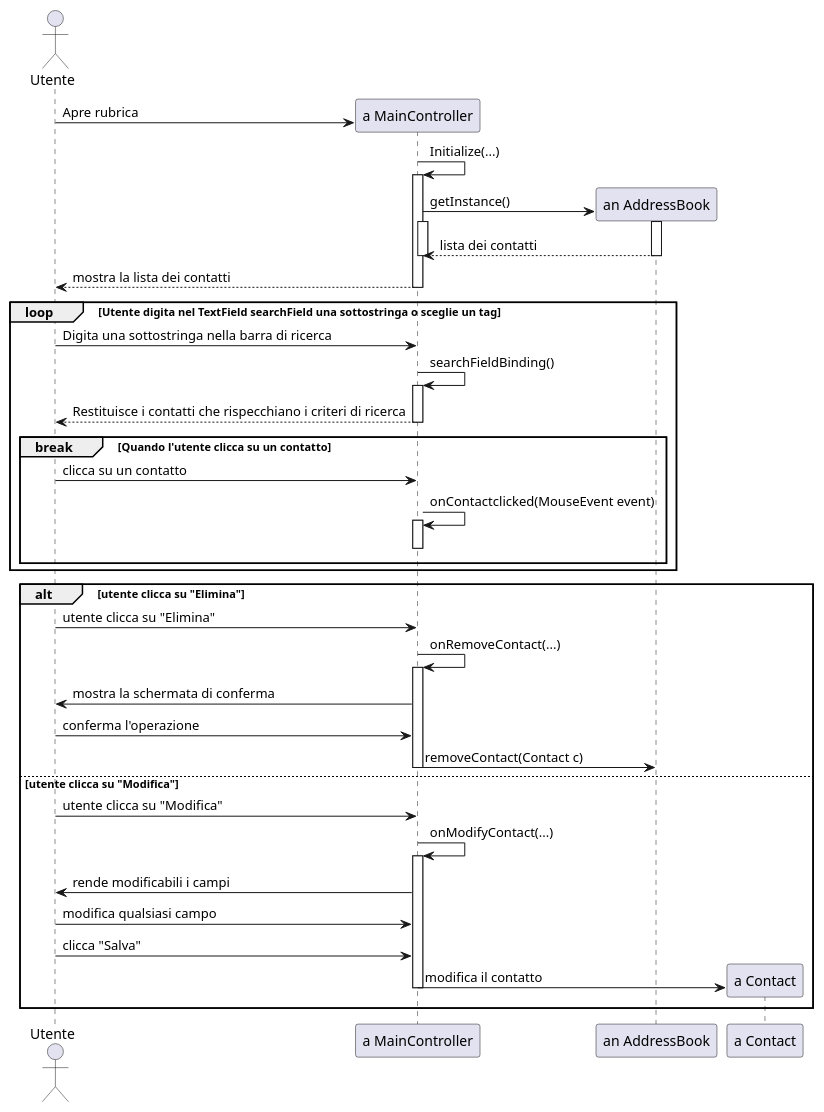
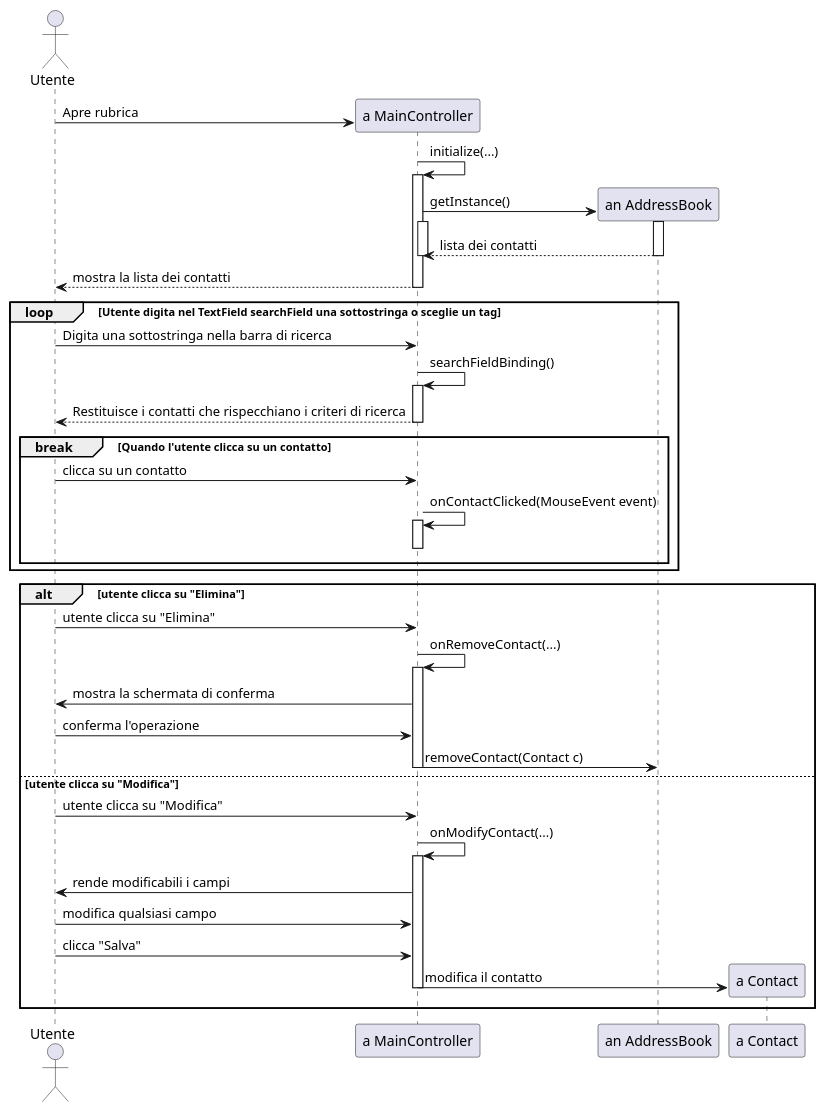
One commit to savaava/ProgettoRubrica changed the diagram in documenti/diagrammi di sequenza/puml/diagrammaSequenzaC2C3EliminareModificareContatto.puml. Above: the diagram before and after it, drawn with PlantUML. The commit also changed 10 other files, not shown here.

```diff
--- a/documenti/diagrammi di sequenza/puml/diagrammaSequenzaC2C3EliminareModificareContatto.puml
+++ b/documenti/diagrammi di sequenza/puml/diagrammaSequenzaC2C3EliminareModificareContatto.puml
@@ -1,56 +1,56 @@
 @startuml Eliminare Modificare Contatto
 
 actor Utente as u
 participant "a MainController" as mc 
 participant "an AddressBook" as ab 
 participant "a Contact" as c
 
 u -> mc ** : Apre rubrica
-mc -> mc : Initialize(...)
+mc -> mc : initialize(...)
 activate mc 
 mc -> ab ** : getInstance()
 activate ab
 activate mc
 ab --> mc : lista dei contatti
 deactivate mc
 deactivate ab
 mc --> u : mostra la lista dei contatti
 deactivate
 loop Utente digita nel TextField searchField una sottostringa o sceglie un tag
     u -> mc : Digita una sottostringa nella barra di ricerca
     mc -> mc : searchFieldBinding()
     activate mc
     mc --> u : Restituisce i contatti che rispecchiano i criteri di ricerca
     deactivate mc
     break Quando l'utente clicca su un contatto
         u -> mc : clicca su un contatto
-        mc -> mc : onContactclicked(MouseEvent event)
+        mc -> mc : onContactClicked(MouseEvent event)
         activate mc
         deactivate mc
 
 end
 end
 deactivate mc
 
 alt utente clicca su "Elimina"
 u -> mc : utente clicca su "Elimina"
 mc -> mc : onRemoveContact(...)
 activate mc
 mc -> u : mostra la schermata di conferma
 u -> mc : conferma l'operazione
 mc -> ab : removeContact(Contact c)
 deactivate mc
 
 else utente clicca su "Modifica"
 u -> mc : utente clicca su "Modifica"
 mc -> mc : onModifyContact(...)
 activate mc
 mc -> u : rende modificabili i campi
 u -> mc : modifica qualsiasi campo
 u -> mc : clicca "Salva"
 mc -> c ** : modifica il contatto
 deactivate mc
 
 end
 
 @enduml
```
